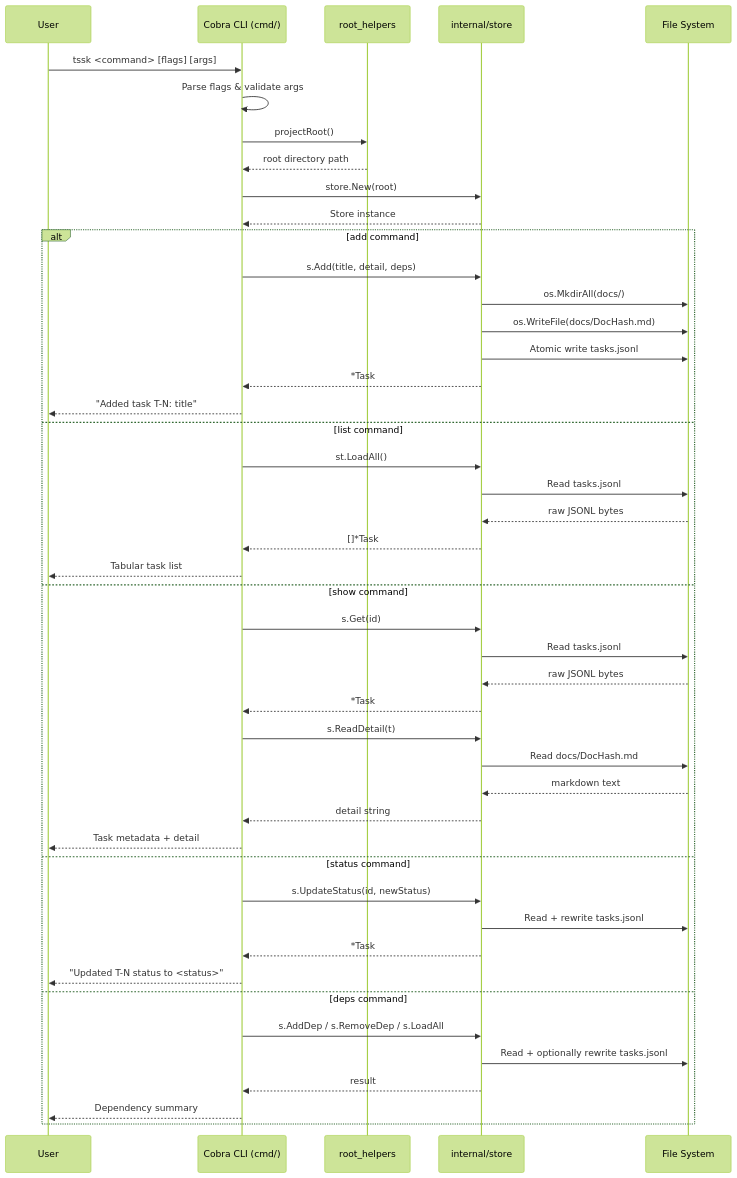
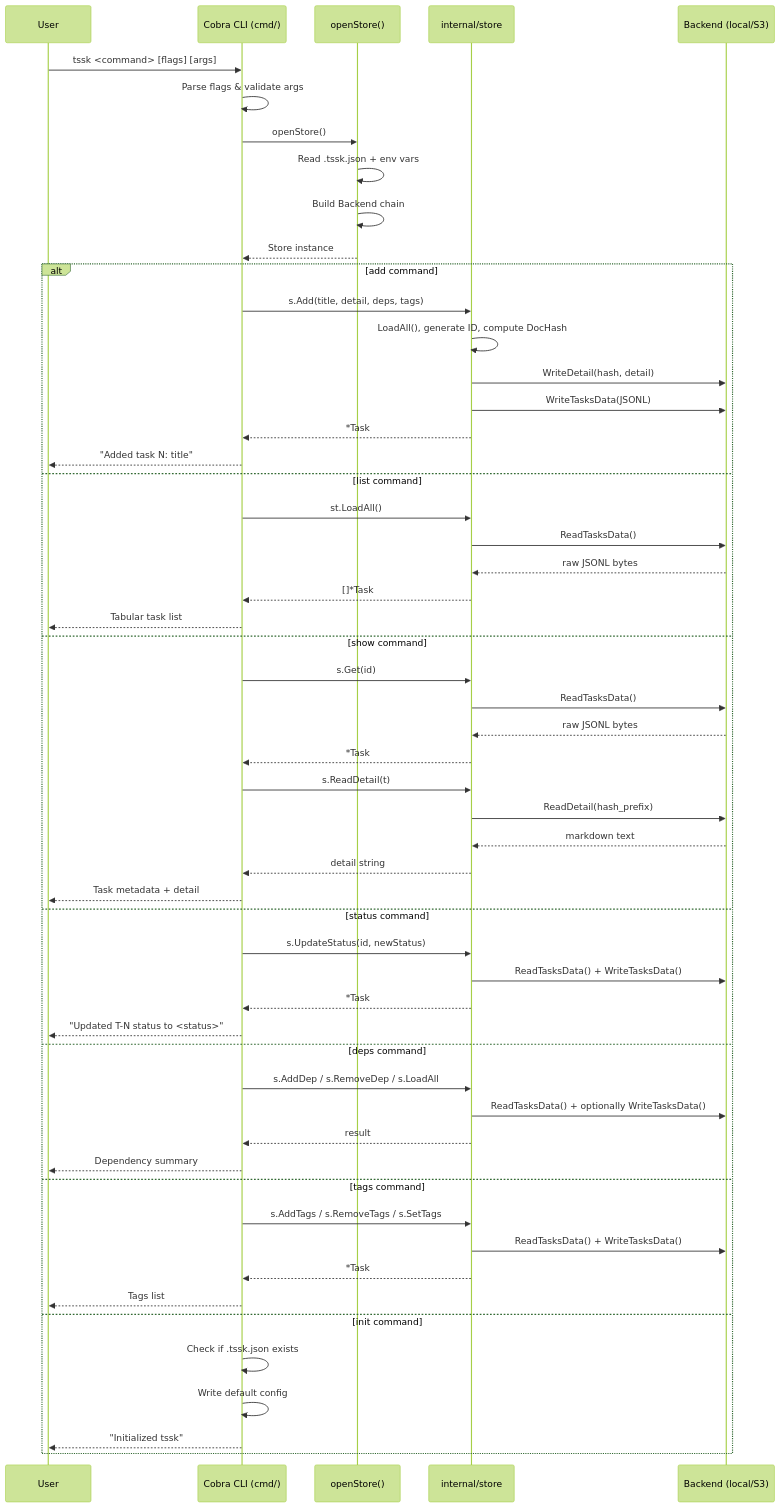
The diagram in docs/sequences/cli-command-flow.md (bmordue/tssk), drawn with Mermaid (forest theme) before and after one commit. The commit also changed other lines of this file and 6 other files, not shown here.

First line of the commit message:
docs: update architecture diagrams to match current codebase

````diff
--- a/docs/sequences/cli-command-flow.md
+++ b/docs/sequences/cli-command-flow.md
@@ -8,50 +8,59 @@
 ```mermaid
 sequenceDiagram
     participant User
     participant Cobra as Cobra CLI (cmd/)
-    participant Helpers as root_helpers
+    participant Config as openStore()
     participant Store as internal/store
-    participant FS as File System
+    participant Backend as Backend (local/S3)
 
     User->>Cobra: tssk <command> [flags] [args]
     Cobra->>Cobra: Parse flags & validate args
-    Cobra->>Helpers: projectRoot()
-    Helpers-->>Cobra: root directory path
-    Cobra->>Store: store.New(root)
-    Store-->>Cobra: Store instance
+    Cobra->>Config: openStore()
+    Config->>Config: Read .tssk.json + env vars
+    Config->>Config: Build Backend chain
+    Config-->>Cobra: Store instance
 
     alt add command
-        Cobra->>Store: s.Add(title, detail, deps)
-        Store->>FS: os.MkdirAll(docs/)
-        Store->>FS: os.WriteFile(docs/DocHash.md)
-        Store->>FS: Atomic write tasks.jsonl
+        Cobra->>Store: s.Add(title, detail, deps, tags)
+        Store->>Store: LoadAll(), generate ID, compute DocHash
+        Store->>Backend: WriteDetail(hash, detail)
+        Store->>Backend: WriteTasksData(JSONL)
         Store-->>Cobra: *Task
-        Cobra-->>User: "Added task T-N: title"
+        Cobra-->>User: "Added task N: title"
     else list command
         Cobra->>Store: st.LoadAll()
-        Store->>FS: Read tasks.jsonl
-        FS-->>Store: raw JSONL bytes
+        Store->>Backend: ReadTasksData()
+        Backend-->>Store: raw JSONL bytes
         Store-->>Cobra: []*Task
         Cobra-->>User: Tabular task list
     else show command
         Cobra->>Store: s.Get(id)
-        Store->>FS: Read tasks.jsonl
-        FS-->>Store: raw JSONL bytes
+        Store->>Backend: ReadTasksData()
+        Backend-->>Store: raw JSONL bytes
         Store-->>Cobra: *Task
         Cobra->>Store: s.ReadDetail(t)
-        Store->>FS: Read docs/DocHash.md
-        FS-->>Store: markdown text
+        Store->>Backend: ReadDetail(hash_prefix)
+        Backend-->>Store: markdown text
         Store-->>Cobra: detail string
         Cobra-->>User: Task metadata + detail
     else status command
         Cobra->>Store: s.UpdateStatus(id, newStatus)
-        Store->>FS: Read + rewrite tasks.jsonl
+        Store->>Backend: ReadTasksData() + WriteTasksData()
         Store-->>Cobra: *Task
         Cobra-->>User: "Updated T-N status to <status>"
     else deps command
         Cobra->>Store: s.AddDep / s.RemoveDep / s.LoadAll
-        Store->>FS: Read + optionally rewrite tasks.jsonl
+        Store->>Backend: ReadTasksData() + optionally WriteTasksData()
         Store-->>Cobra: result
         Cobra-->>User: Dependency summary
+    else tags command
+        Cobra->>Store: s.AddTags / s.RemoveTags / s.SetTags
+        Store->>Backend: ReadTasksData() + WriteTasksData()
+        Store-->>Cobra: *Task
+        Cobra-->>User: Tags list
+    else init command
+        Cobra->>Cobra: Check if .tssk.json exists
+        Cobra->>Cobra: Write default config
+        Cobra-->>User: "Initialized tssk"
     end
 ```
````
